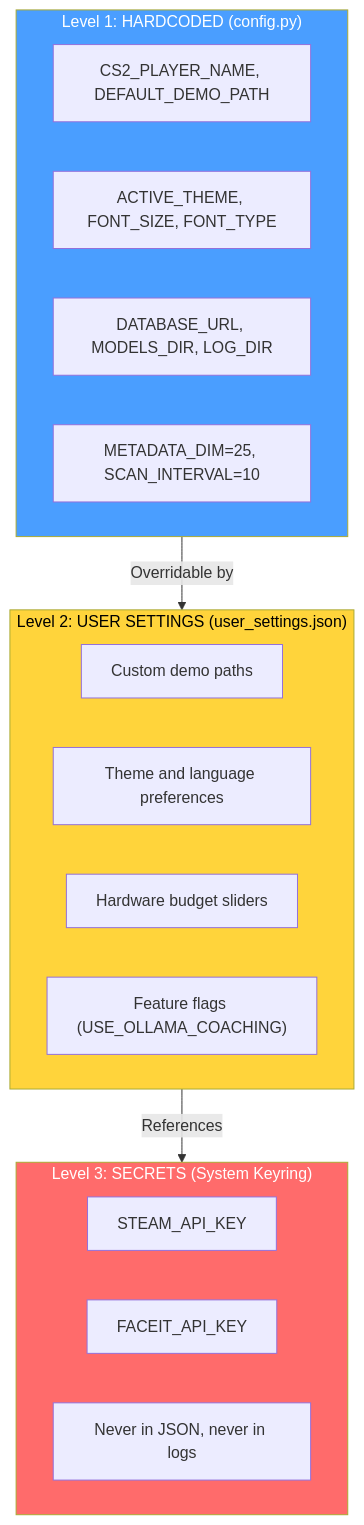
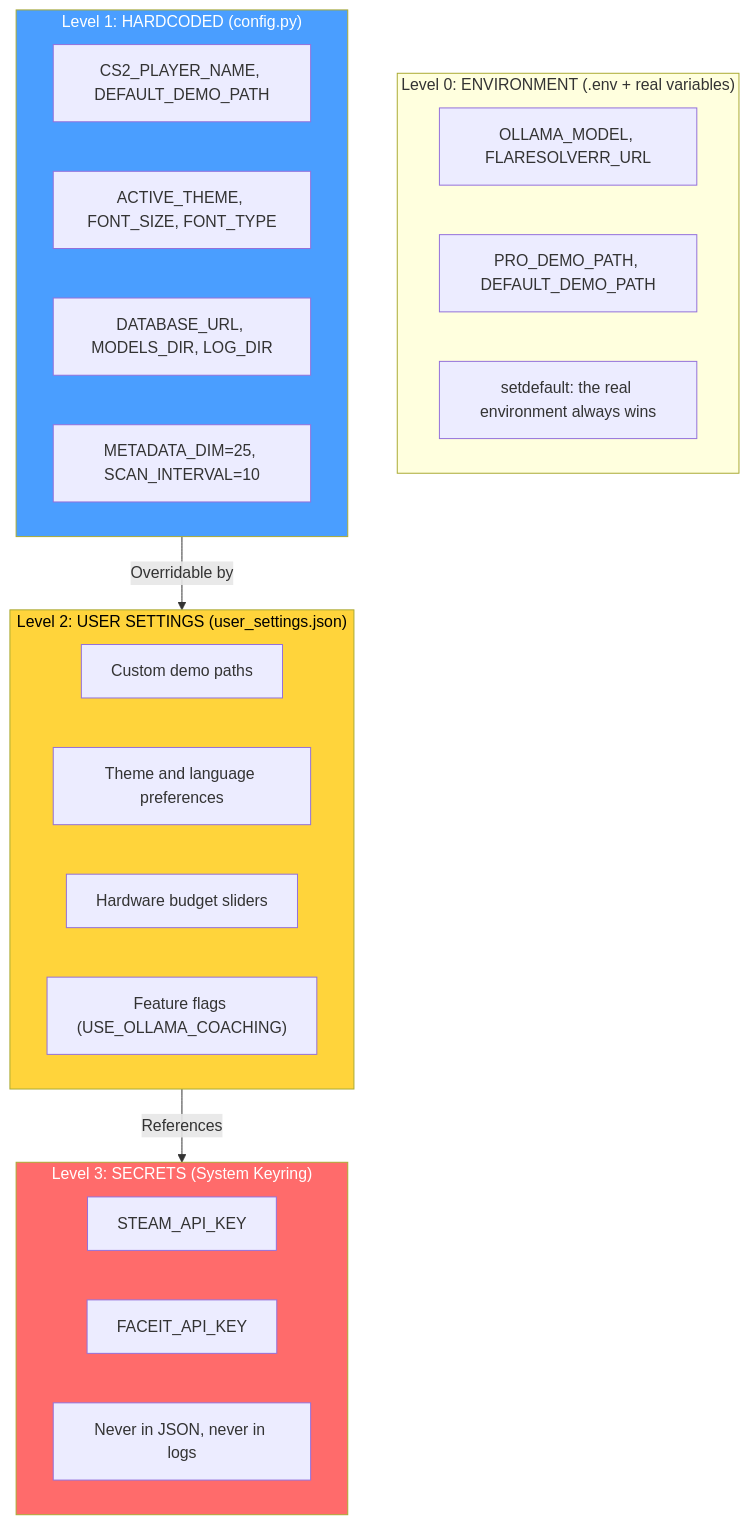
Diagram 11 of 52 in docs/books/Book-Coach-3-en.md (renanaugustomacena-ux/Counter-Strike-coach-AI), drawn with Mermaid before and after one commit. The commit also changed other lines of this file and 36 other files, not shown here.

````diff
--- a/docs/books/Book-Coach-3-en.md
+++ b/docs/books/Book-Coach-3-en.md
@@ -697,25 +705,30 @@
 ```mermaid
 flowchart TB
+    subgraph L0["Level 0: ENVIRONMENT (.env + real variables)"]
+        EV1["OLLAMA_MODEL, FLARESOLVERR_URL"]
+        EV2["PRO_DEMO_PATH, DEFAULT_DEMO_PATH"]
+        EV3["setdefault: the real environment always wins"]
+    end
     subgraph L1["Level 1: HARDCODED (config.py)"]
         HC1["CS2_PLAYER_NAME, DEFAULT_DEMO_PATH"]
         HC2["ACTIVE_THEME, FONT_SIZE, FONT_TYPE"]
         HC3["DATABASE_URL, MODELS_DIR, LOG_DIR"]
         HC4["METADATA_DIM=25, SCAN_INTERVAL=10"]
     end
     subgraph L2["Level 2: USER SETTINGS (user_settings.json)"]
         US1["Custom demo paths"]
         US2["Theme and language preferences"]
         US3["Hardware budget sliders"]
         US4["Feature flags (USE_OLLAMA_COACHING)"]
     end
     subgraph L3["Level 3: SECRETS (System Keyring)"]
         SK1["STEAM_API_KEY"]
         SK2["FACEIT_API_KEY"]
         SK3["Never in JSON, never in logs"]
     end
     L1 -->|"Overridable by"| L2
     L2 -->|"References"| L3
     style L1 fill:#4a9eff,color:#fff
     style L2 fill:#ffd43b,color:#000
     style L3 fill:#ff6b6b,color:#fff
 ```
````
